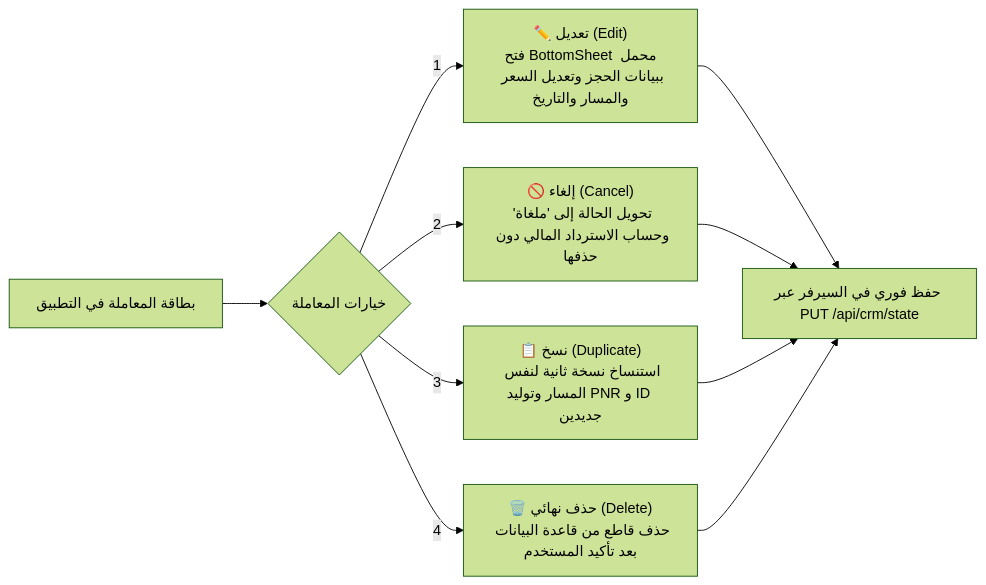
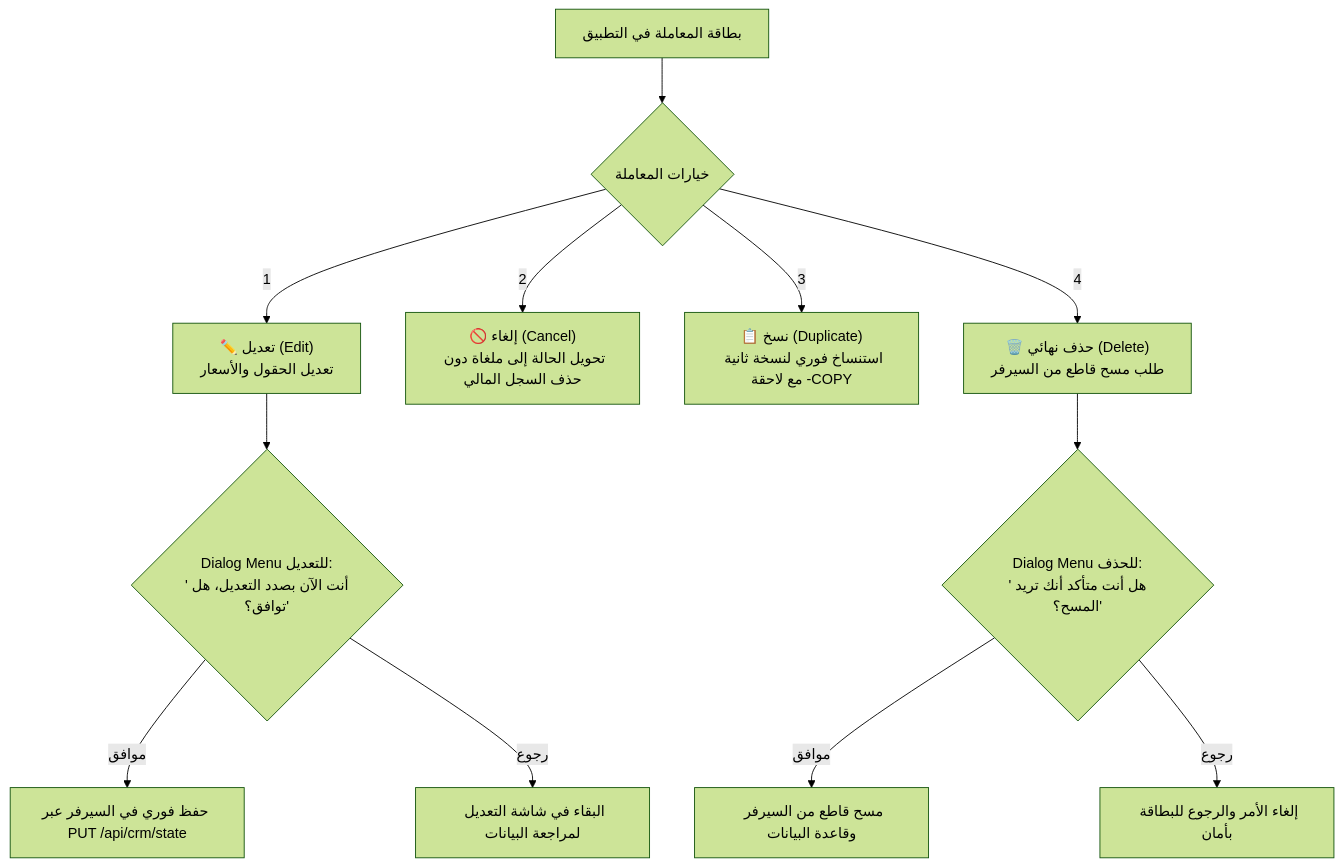
One commit to rachidelfazni/elfazni-services changed the first of 4 diagrams in docs/ELFAZNI_SERVICES_ANDROID_MASTER_MDA.md. Above: the diagram before and after it, drawn with Mermaid (forest theme). The commit also changed other lines of this file, not shown here.

Commit message:
docs: upgrade Android Master MDA to V3.1 with Dialog Menu (delete & edit confirmations) and exact web/CRM form options matching

````diff
--- a/docs/ELFAZNI_SERVICES_ANDROID_MASTER_MDA.md
+++ b/docs/ELFAZNI_SERVICES_ANDROID_MASTER_MDA.md
@@ -35,13 +37,16 @@
 ```mermaid
-flowchart LR
+flowchart TD
     Card["بطاقة المعاملة في التطبيق"] --> Actions{"خيارات المعاملة"}
-    Actions -->|1| Edit["✏️ تعديل (Edit)\nفتح BottomSheet محمل ببيانات الحجز وتعديل السعر والمسار والتاريخ"]
-    Actions -->|2| Cancel["🚫 إلغاء (Cancel)\nتحويل الحالة إلى 'ملغاة' وحساب الاسترداد المالي دون حذفها"]
-    Actions -->|3| Duplicate["📋 نسخ (Duplicate)\nاستنساخ نسخة ثانية لنفس المسار وتوليد PNR و ID جديدين"]
-    Actions -->|4| Delete["🗑️ حذف نهائي (Delete)\nحذف قاطع من قاعدة البيانات بعد تأكيد المستخدم"]
+    Actions -->|1| Edit["✏️ تعديل (Edit)\nتعديل الحقول والأسعار"]
+    Actions -->|2| Cancel["🚫 إلغاء (Cancel)\nتحويل الحالة إلى ملغاة دون حذف السجل المالي"]
+    Actions -->|3| Duplicate["📋 نسخ (Duplicate)\nاستنساخ فوري لنسخة ثانية مع لاحقة -COPY"]
+    Actions -->|4| Delete["🗑️ حذف نهائي (Delete)\nطلب مسح قاطع من السيرفر"]
 
-    Edit --> SaveAPI["حفظ فوري في السيرفر عبر PUT /api/crm/state"]
-    Cancel --> SaveAPI
-    Duplicate --> SaveAPI
-    Delete --> SaveAPI
+    Edit --> EditDialog{"Dialog Menu للتعديل:\n'أنت الآن بصدد التعديل، هل توافق؟'"}
+    EditDialog -->|موافق| SaveAPI["حفظ فوري في السيرفر عبر PUT /api/crm/state"]
+    EditDialog -->|رجوع| EditStay["البقاء في شاشة التعديل لمراجعة البيانات"]
+
+    Delete --> DeleteDialog{"Dialog Menu للحذف:\n'هل أنت متأكد أنك تريد المسح؟'"}
+    DeleteDialog -->|موافق| DeleteAPI["مسح قاطع من السيرفر وقاعدة البيانات"]
+    DeleteDialog -->|رجوع| Abort["إلغاء الأمر والرجوع للبطاقة بأمان"]
 ```
````
